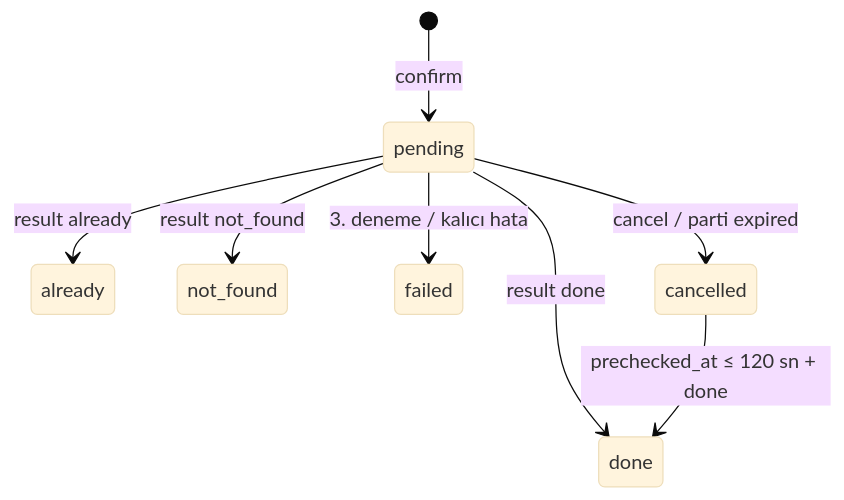
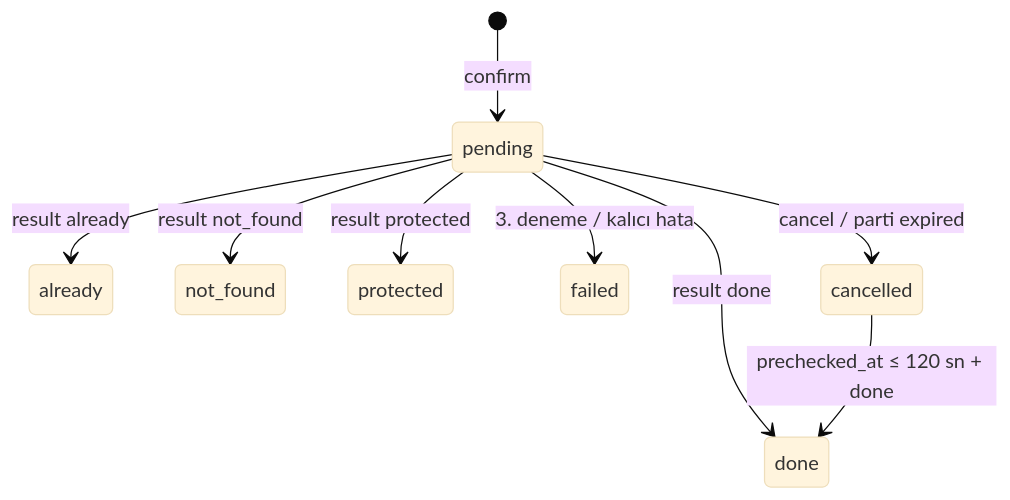
Before and after one commit to GktuOktay/InstaAnalytic: the fourth of 8 diagrams in docs/specs/SPEC-001-kaydedilen-ve-dm-temizleme.md, drawn with Mermaid (base theme). The commit also changed other lines of this file and 9 other files, not shown here.

````diff
--- a/docs/specs/SPEC-001-kaydedilen-ve-dm-temizleme.md
+++ b/docs/specs/SPEC-001-kaydedilen-ve-dm-temizleme.md
@@ -895,10 +1222,11 @@
 ```mermaid
 stateDiagram-v2
   [*] --> pending: confirm
   pending --> done: result done
   pending --> already: result already
   pending --> not_found: result not_found
+  pending --> protected: result protected
   pending --> failed: 3. deneme / kalıcı hata
   pending --> cancelled: cancel / parti expired
   cancelled --> done: prechecked_at ≤ 120 sn + done
 ```
````
